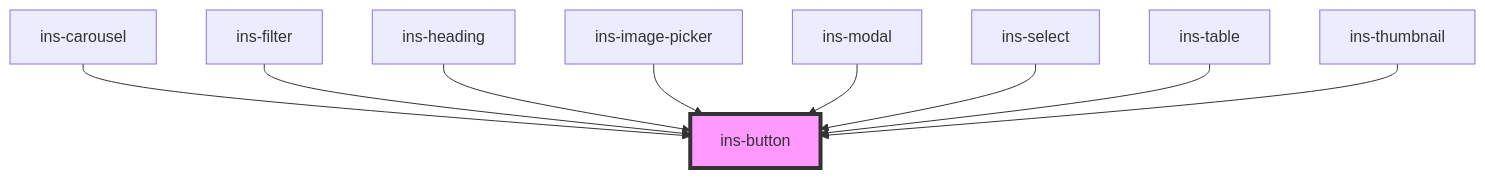
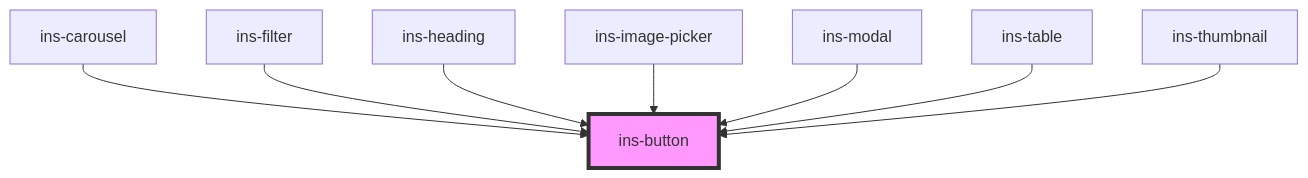
The diagram in components/src/components/ins-button/README.md (insites-io/insites-components-v2), drawn with Mermaid before and after one commit. The commit also changed other lines of this file and 17 other files, not shown here.

````diff
--- a/components/src/components/ins-button/README.md
+++ b/components/src/components/ins-button/README.md
@@ -52,12 +51,11 @@
 ```mermaid
 graph TD;
   ins-carousel --> ins-button
   ins-filter --> ins-button
   ins-heading --> ins-button
   ins-image-picker --> ins-button
   ins-modal --> ins-button
-  ins-select --> ins-button
   ins-table --> ins-button
   ins-thumbnail --> ins-button
   style ins-button fill:#f9f,stroke:#333,stroke-width:4px
 ```
````
